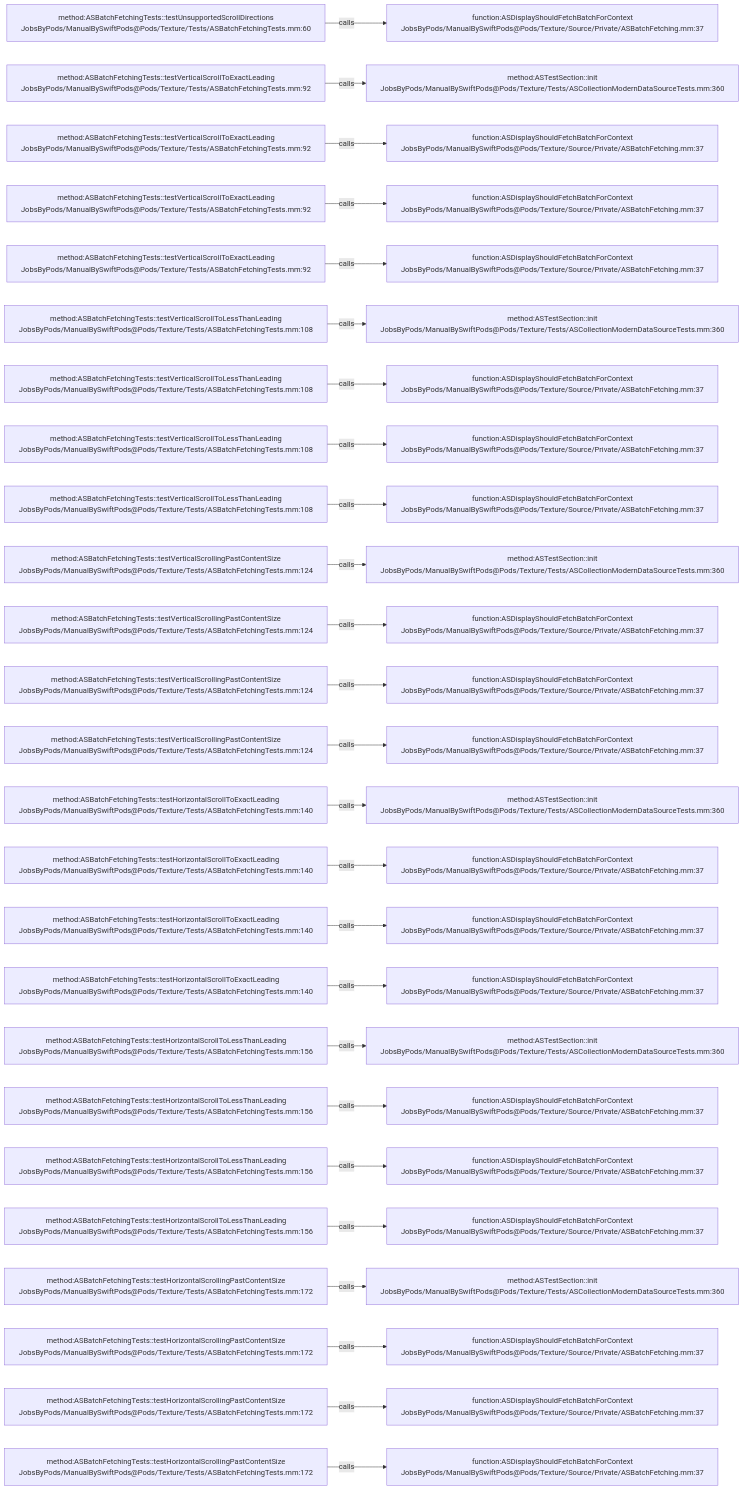
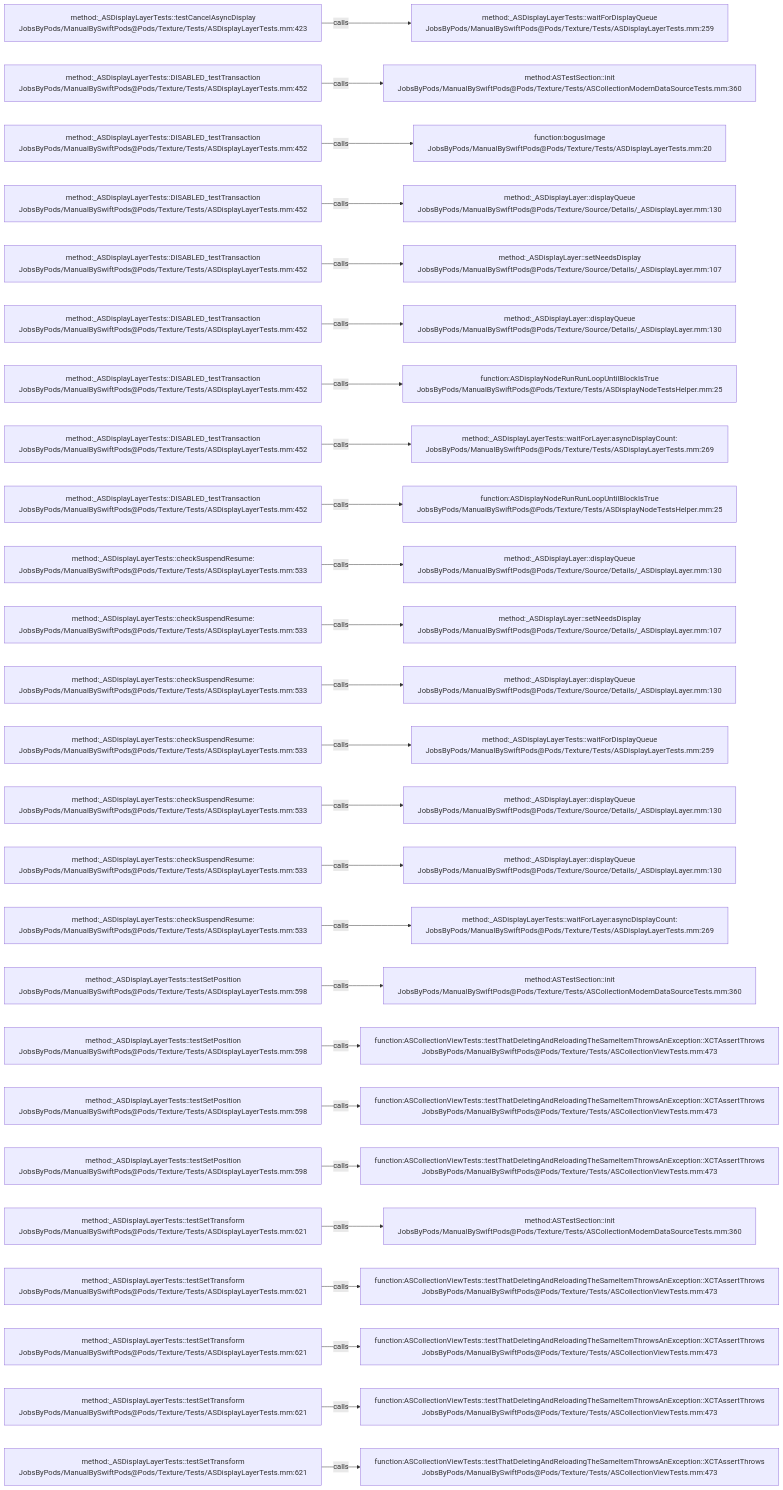
One commit to JobsKits/JobsSwiftBaseConfigDemo changed the diagram in .codegraph/codegraph.md/graphs/calls-181.md. Above: the diagram before and after it, drawn with Mermaid. The commit also changed 832 other files, not shown here.

````diff
--- a/.codegraph/codegraph.md/graphs/calls-181.md
+++ b/.codegraph/codegraph.md/graphs/calls-181.md
@@ -13,78 +13,78 @@
 ```mermaid
 flowchart LR
-  S1["method:ASBatchFetchingTests::testUnsupportedScrollDirections<br/>JobsByPods/ManualBySwiftPods@Pods/Texture/Tests/ASBatchFetchingTests.mm:60"]
-  T1["function:ASDisplayShouldFetchBatchForContext<br/>JobsByPods/ManualBySwiftPods@Pods/Texture/Source/Private/ASBatchFetching.mm:37"]
+  S1["method:_ASDisplayLayerTests::testCancelAsyncDisplay<br/>JobsByPods/ManualBySwiftPods@Pods/Texture/Tests/ASDisplayLayerTests.mm:423"]
+  T1["method:_ASDisplayLayerTests::waitForDisplayQueue<br/>JobsByPods/ManualBySwiftPods@Pods/Texture/Tests/ASDisplayLayerTests.mm:259"]
   S1 -->|calls| T1
-  S2["method:ASBatchFetchingTests::testVerticalScrollToExactLeading<br/>JobsByPods/ManualBySwiftPods@Pods/Texture/Tests/ASBatchFetchingTests.mm:92"]
+  S2["method:_ASDisplayLayerTests::DISABLED_testTransaction<br/>JobsByPods/ManualBySwiftPods@Pods/Texture/Tests/ASDisplayLayerTests.mm:452"]
   T2["method:ASTestSection::init<br/>JobsByPods/ManualBySwiftPods@Pods/Texture/Tests/ASCollectionModernDataSourceTests.mm:360"]
   S2 -->|calls| T2
-  S3["method:ASBatchFetchingTests::testVerticalScrollToExactLeading<br/>JobsByPods/ManualBySwiftPods@Pods/Texture/Tests/ASBatchFetchingTests.mm:92"]
-  T3["function:ASDisplayShouldFetchBatchForContext<br/>JobsByPods/ManualBySwiftPods@Pods/Texture/Source/Private/ASBatchFetching.mm:37"]
+  S3["method:_ASDisplayLayerTests::DISABLED_testTransaction<br/>JobsByPods/ManualBySwiftPods@Pods/Texture/Tests/ASDisplayLayerTests.mm:452"]
+  T3["function:bogusImage<br/>JobsByPods/ManualBySwiftPods@Pods/Texture/Tests/ASDisplayLayerTests.mm:20"]
   S3 -->|calls| T3
-  S4["method:ASBatchFetchingTests::testVerticalScrollToExactLeading<br/>JobsByPods/ManualBySwiftPods@Pods/Texture/Tests/ASBatchFetchingTests.mm:92"]
-  T4["function:ASDisplayShouldFetchBatchForContext<br/>JobsByPods/ManualBySwiftPods@Pods/Texture/Source/Private/ASBatchFetching.mm:37"]
+  S4["method:_ASDisplayLayerTests::DISABLED_testTransaction<br/>JobsByPods/ManualBySwiftPods@Pods/Texture/Tests/ASDisplayLayerTests.mm:452"]
+  T4["method:_ASDisplayLayer::displayQueue<br/>JobsByPods/ManualBySwiftPods@Pods/Texture/Source/Details/_ASDisplayLayer.mm:130"]
   S4 -->|calls| T4
-  S5["method:ASBatchFetchingTests::testVerticalScrollToExactLeading<br/>JobsByPods/ManualBySwiftPods@Pods/Texture/Tests/ASBatchFetchingTests.mm:92"]
-  T5["function:ASDisplayShouldFetchBatchForContext<br/>JobsByPods/ManualBySwiftPods@Pods/Texture/Source/Private/ASBatchFetching.mm:37"]
+  S5["method:_ASDisplayLayerTests::DISABLED_testTransaction<br/>JobsByPods/ManualBySwiftPods@Pods/Texture/Tests/ASDisplayLayerTests.mm:452"]
+  T5["method:_ASDisplayLayer::setNeedsDisplay<br/>JobsByPods/ManualBySwiftPods@Pods/Texture/Source/Details/_ASDisplayLayer.mm:107"]
   S5 -->|calls| T5
-  S6["method:ASBatchFetchingTests::testVerticalScrollToLessThanLeading<br/>JobsByPods/ManualBySwiftPods@Pods/Texture/Tests/ASBatchFetchingTests.mm:108"]
-  T6["method:ASTestSection::init<br/>JobsByPods/ManualBySwiftPods@Pods/Texture/Tests/ASCollectionModernDataSourceTests.mm:360"]
+  S6["method:_ASDisplayLayerTests::DISABLED_testTransaction<br/>JobsByPods/ManualBySwiftPods@Pods/Texture/Tests/ASDisplayLayerTests.mm:452"]
+  T6["method:_ASDisplayLayer::displayQueue<br/>JobsByPods/ManualBySwiftPods@Pods/Texture/Source/Details/_ASDisplayLayer.mm:130"]
   S6 -->|calls| T6
-  S7["method:ASBatchFetchingTests::testVerticalScrollToLessThanLeading<br/>JobsByPods/ManualBySwiftPods@Pods/Texture/Tests/ASBatchFetchingTests.mm:108"]
-  T7["function:ASDisplayShouldFetchBatchForContext<br/>JobsByPods/ManualBySwiftPods@Pods/Texture/Source/Private/ASBatchFetching.mm:37"]
+  S7["method:_ASDisplayLayerTests::DISABLED_testTransaction<br/>JobsByPods/ManualBySwiftPods@Pods/Texture/Tests/ASDisplayLayerTests.mm:452"]
+  T7["function:ASDisplayNodeRunRunLoopUntilBlockIsTrue<br/>JobsByPods/ManualBySwiftPods@Pods/Texture/Tests/ASDisplayNodeTestsHelper.mm:25"]
   S7 -->|calls| T7
-  S8["method:ASBatchFetchingTests::testVerticalScrollToLessThanLeading<br/>JobsByPods/ManualBySwiftPods@Pods/Texture/Tests/ASBatchFetchingTests.mm:108"]
-  T8["function:ASDisplayShouldFetchBatchForContext<br/>JobsByPods/ManualBySwiftPods@Pods/Texture/Source/Private/ASBatchFetching.mm:37"]
+  S8["method:_ASDisplayLayerTests::DISABLED_testTransaction<br/>JobsByPods/ManualBySwiftPods@Pods/Texture/Tests/ASDisplayLayerTests.mm:452"]
+  T8["method:_ASDisplayLayerTests::waitForLayer:asyncDisplayCount:<br/>JobsByPods/ManualBySwiftPods@Pods/Texture/Tests/ASDisplayLayerTests.mm:269"]
   S8 -->|calls| T8
-  S9["method:ASBatchFetchingTests::testVerticalScrollToLessThanLeading<br/>JobsByPods/ManualBySwiftPods@Pods/Texture/Tests/ASBatchFetchingTests.mm:108"]
-  T9["function:ASDisplayShouldFetchBatchForContext<br/>JobsByPods/ManualBySwiftPods@Pods/Texture/Source/Private/ASBatchFetching.mm:37"]
+  S9["method:_ASDisplayLayerTests::DISABLED_testTransaction<br/>JobsByPods/ManualBySwiftPods@Pods/Texture/Tests/ASDisplayLayerTests.mm:452"]
+  T9["function:ASDisplayNodeRunRunLoopUntilBlockIsTrue<br/>JobsByPods/ManualBySwiftPods@Pods/Texture/Tests/ASDisplayNodeTestsHelper.mm:25"]
   S9 -->|calls| T9
-  S10["method:ASBatchFetchingTests::testVerticalScrollingPastContentSize<br/>JobsByPods/ManualBySwiftPods@Pods/Texture/Tests/ASBatchFetchingTests.mm:124"]
-  T10["method:ASTestSection::init<br/>JobsByPods/ManualBySwiftPods@Pods/Texture/Tests/ASCollectionModernDataSourceTests.mm:360"]
+  S10["method:_ASDisplayLayerTests::checkSuspendResume:<br/>JobsByPods/ManualBySwiftPods@Pods/Texture/Tests/ASDisplayLayerTests.mm:533"]
+  T10["method:_ASDisplayLayer::displayQueue<br/>JobsByPods/ManualBySwiftPods@Pods/Texture/Source/Details/_ASDisplayLayer.mm:130"]
   S10 -->|calls| T10
-  S11["method:ASBatchFetchingTests::testVerticalScrollingPastContentSize<br/>JobsByPods/ManualBySwiftPods@Pods/Texture/Tests/ASBatchFetchingTests.mm:124"]
-  T11["function:ASDisplayShouldFetchBatchForContext<br/>JobsByPods/ManualBySwiftPods@Pods/Texture/Source/Private/ASBatchFetching.mm:37"]
+  S11["method:_ASDisplayLayerTests::checkSuspendResume:<br/>JobsByPods/ManualBySwiftPods@Pods/Texture/Tests/ASDisplayLayerTests.mm:533"]
+  T11["method:_ASDisplayLayer::setNeedsDisplay<br/>JobsByPods/ManualBySwiftPods@Pods/Texture/Source/Details/_ASDisplayLayer.mm:107"]
   S11 -->|calls| T11
-  S12["method:ASBatchFetchingTests::testVerticalScrollingPastContentSize<br/>JobsByPods/ManualBySwiftPods@Pods/Texture/Tests/ASBatchFetchingTests.mm:124"]
-  T12["function:ASDisplayShouldFetchBatchForContext<br/>JobsByPods/ManualBySwiftPods@Pods/Texture/Source/Private/ASBatchFetching.mm:37"]
+  S12["method:_ASDisplayLayerTests::checkSuspendResume:<br/>JobsByPods/ManualBySwiftPods@Pods/Texture/Tests/ASDisplayLayerTests.mm:533"]
+  T12["method:_ASDisplayLayer::displayQueue<br/>JobsByPods/ManualBySwiftPods@Pods/Texture/Source/Details/_ASDisplayLayer.mm:130"]
   S12 -->|calls| T12
-  S13["method:ASBatchFetchingTests::testVerticalScrollingPastContentSize<br/>JobsByPods/ManualBySwiftPods@Pods/Texture/Tests/ASBatchFetchingTests.mm:124"]
-  T13["function:ASDisplayShouldFetchBatchForContext<br/>JobsByPods/ManualBySwiftPods@Pods/Texture/Source/Private/ASBatchFetching.mm:37"]
+  S13["method:_ASDisplayLayerTests::checkSuspendResume:<br/>JobsByPods/ManualBySwiftPods@Pods/Texture/Tests/ASDisplayLayerTests.mm:533"]
+  T13["method:_ASDisplayLayerTests::waitForDisplayQueue<br/>JobsByPods/ManualBySwiftPods@Pods/Texture/Tests/ASDisplayLayerTests.mm:259"]
   S13 -->|calls| T13
-  S14["method:ASBatchFetchingTests::testHorizontalScrollToExactLeading<br/>JobsByPods/ManualBySwiftPods@Pods/Texture/Tests/ASBatchFetchingTests.mm:140"]
-  T14["method:ASTestSection::init<br/>JobsByPods/ManualBySwiftPods@Pods/Texture/Tests/ASCollectionModernDataSourceTests.mm:360"]
+  S14["method:_ASDisplayLayerTests::checkSuspendResume:<br/>JobsByPods/ManualBySwiftPods@Pods/Texture/Tests/ASDisplayLayerTests.mm:533"]
+  T14["method:_ASDisplayLayer::displayQueue<br/>JobsByPods/ManualBySwiftPods@Pods/Texture/Source/Details/_ASDisplayLayer.mm:130"]
   S14 -->|calls| T14
-  S15["method:ASBatchFetchingTests::testHorizontalScrollToExactLeading<br/>JobsByPods/ManualBySwiftPods@Pods/Texture/Tests/ASBatchFetchingTests.mm:140"]
-  T15["function:ASDisplayShouldFetchBatchForContext<br/>JobsByPods/ManualBySwiftPods@Pods/Texture/Source/Private/ASBatchFetching.mm:37"]
+  S15["method:_ASDisplayLayerTests::checkSuspendResume:<br/>JobsByPods/ManualBySwiftPods@Pods/Texture/Tests/ASDisplayLayerTests.mm:533"]
+  T15["method:_ASDisplayLayer::displayQueue<br/>JobsByPods/ManualBySwiftPods@Pods/Texture/Source/Details/_ASDisplayLayer.mm:130"]
   S15 -->|calls| T15
-  S16["method:ASBatchFetchingTests::testHorizontalScrollToExactLeading<br/>JobsByPods/ManualBySwiftPods@Pods/Texture/Tests/ASBatchFetchingTests.mm:140"]
-  T16["function:ASDisplayShouldFetchBatchForContext<br/>JobsByPods/ManualBySwiftPods@Pods/Texture/Source/Private/ASBatchFetching.mm:37"]
+  S16["method:_ASDisplayLayerTests::checkSuspendResume:<br/>JobsByPods/ManualBySwiftPods@Pods/Texture/Tests/ASDisplayLayerTests.mm:533"]
+  T16["method:_ASDisplayLayerTests::waitForLayer:asyncDisplayCount:<br/>JobsByPods/ManualBySwiftPods@Pods/Texture/Tests/ASDisplayLayerTests.mm:269"]
   S16 -->|calls| T16
-  S17["method:ASBatchFetchingTests::testHorizontalScrollToExactLeading<br/>JobsByPods/ManualBySwiftPods@Pods/Texture/Tests/ASBatchFetchingTests.mm:140"]
-  T17["function:ASDisplayShouldFetchBatchForContext<br/>JobsByPods/ManualBySwiftPods@Pods/Texture/Source/Private/ASBatchFetching.mm:37"]
+  S17["method:_ASDisplayLayerTests::testSetPosition<br/>JobsByPods/ManualBySwiftPods@Pods/Texture/Tests/ASDisplayLayerTests.mm:598"]
+  T17["method:ASTestSection::init<br/>JobsByPods/ManualBySwiftPods@Pods/Texture/Tests/ASCollectionModernDataSourceTests.mm:360"]
   S17 -->|calls| T17
-  S18["method:ASBatchFetchingTests::testHorizontalScrollToLessThanLeading<br/>JobsByPods/ManualBySwiftPods@Pods/Texture/Tests/ASBatchFetchingTests.mm:156"]
-  T18["method:ASTestSection::init<br/>JobsByPods/ManualBySwiftPods@Pods/Texture/Tests/ASCollectionModernDataSourceTests.mm:360"]
+  S18["method:_ASDisplayLayerTests::testSetPosition<br/>JobsByPods/ManualBySwiftPods@Pods/Texture/Tests/ASDisplayLayerTests.mm:598"]
+  T18["function:ASCollectionViewTests::testThatDeletingAndReloadingTheSameItemThrowsAnException::XCTAssertThrows<br/>JobsByPods/ManualBySwiftPods@Pods/Texture/Tests/ASCollectionViewTests.mm:473"]
   S18 -->|calls| T18
-  S19["method:ASBatchFetchingTests::testHorizontalScrollToLessThanLeading<br/>JobsByPods/ManualBySwiftPods@Pods/Texture/Tests/ASBatchFetchingTests.mm:156"]
-  T19["function:ASDisplayShouldFetchBatchForContext<br/>JobsByPods/ManualBySwiftPods@Pods/Texture/Source/Private/ASBatchFetching.mm:37"]
+  S19["method:_ASDisplayLayerTests::testSetPosition<br/>JobsByPods/ManualBySwiftPods@Pods/Texture/Tests/ASDisplayLayerTests.mm:598"]
+  T19["function:ASCollectionViewTests::testThatDeletingAndReloadingTheSameItemThrowsAnException::XCTAssertThrows<br/>JobsByPods/ManualBySwiftPods@Pods/Texture/Tests/ASCollectionViewTests.mm:473"]
   S19 -->|calls| T19
-  S20["method:ASBatchFetchingTests::testHorizontalScrollToLessThanLeading<br/>JobsByPods/ManualBySwiftPods@Pods/Texture/Tests/ASBatchFetchingTests.mm:156"]
-  T20["function:ASDisplayShouldFetchBatchForContext<br/>JobsByPods/ManualBySwiftPods@Pods/Texture/Source/Private/ASBatchFetching.mm:37"]
+  S20["method:_ASDisplayLayerTests::testSetPosition<br/>JobsByPods/ManualBySwiftPods@Pods/Texture/Tests/ASDisplayLayerTests.mm:598"]
+  T20["function:ASCollectionViewTests::testThatDeletingAndReloadingTheSameItemThrowsAnException::XCTAssertThrows<br/>JobsByPods/ManualBySwiftPods@Pods/Texture/Tests/ASCollectionViewTests.mm:473"]
   S20 -->|calls| T20
-  S21["method:ASBatchFetchingTests::testHorizontalScrollToLessThanLeading<br/>JobsByPods/ManualBySwiftPods@Pods/Texture/Tests/ASBatchFetchingTests.mm:156"]
-  T21["function:ASDisplayShouldFetchBatchForContext<br/>JobsByPods/ManualBySwiftPods@Pods/Texture/Source/Private/ASBatchFetching.mm:37"]
+  S21["method:_ASDisplayLayerTests::testSetTransform<br/>JobsByPods/ManualBySwiftPods@Pods/Texture/Tests/ASDisplayLayerTests.mm:621"]
+  T21["method:ASTestSection::init<br/>JobsByPods/ManualBySwiftPods@Pods/Texture/Tests/ASCollectionModernDataSourceTests.mm:360"]
   S21 -->|calls| T21
-  S22["method:ASBatchFetchingTests::testHorizontalScrollingPastContentSize<br/>JobsByPods/ManualBySwiftPods@Pods/Texture/Tests/ASBatchFetchingTests.mm:172"]
-  T22["method:ASTestSection::init<br/>JobsByPods/ManualBySwiftPods@Pods/Texture/Tests/ASCollectionModernDataSourceTests.mm:360"]
+  S22["method:_ASDisplayLayerTests::testSetTransform<br/>JobsByPods/ManualBySwiftPods@Pods/Texture/Tests/ASDisplayLayerTests.mm:621"]
+  T22["function:ASCollectionViewTests::testThatDeletingAndReloadingTheSameItemThrowsAnException::XCTAssertThrows<br/>JobsByPods/ManualBySwiftPods@Pods/Texture/Tests/ASCollectionViewTests.mm:473"]
   S22 -->|calls| T22
-  S23["method:ASBatchFetchingTests::testHorizontalScrollingPastContentSize<br/>JobsByPods/ManualBySwiftPods@Pods/Texture/Tests/ASBatchFetchingTests.mm:172"]
-  T23["function:ASDisplayShouldFetchBatchForContext<br/>JobsByPods/ManualBySwiftPods@Pods/Texture/Source/Private/ASBatchFetching.mm:37"]
+  S23["method:_ASDisplayLayerTests::testSetTransform<br/>JobsByPods/ManualBySwiftPods@Pods/Texture/Tests/ASDisplayLayerTests.mm:621"]
+  T23["function:ASCollectionViewTests::testThatDeletingAndReloadingTheSameItemThrowsAnException::XCTAssertThrows<br/>JobsByPods/ManualBySwiftPods@Pods/Texture/Tests/ASCollectionViewTests.mm:473"]
   S23 -->|calls| T23
-  S24["method:ASBatchFetchingTests::testHorizontalScrollingPastContentSize<br/>JobsByPods/ManualBySwiftPods@Pods/Texture/Tests/ASBatchFetchingTests.mm:172"]
-  T24["function:ASDisplayShouldFetchBatchForContext<br/>JobsByPods/ManualBySwiftPods@Pods/Texture/Source/Private/ASBatchFetching.mm:37"]
+  S24["method:_ASDisplayLayerTests::testSetTransform<br/>JobsByPods/ManualBySwiftPods@Pods/Texture/Tests/ASDisplayLayerTests.mm:621"]
+  T24["function:ASCollectionViewTests::testThatDeletingAndReloadingTheSameItemThrowsAnException::XCTAssertThrows<br/>JobsByPods/ManualBySwiftPods@Pods/Texture/Tests/ASCollectionViewTests.mm:473"]
   S24 -->|calls| T24
-  S25["method:ASBatchFetchingTests::testHorizontalScrollingPastContentSize<br/>JobsByPods/ManualBySwiftPods@Pods/Texture/Tests/ASBatchFetchingTests.mm:172"]
-  T25["function:ASDisplayShouldFetchBatchForContext<br/>JobsByPods/ManualBySwiftPods@Pods/Texture/Source/Private/ASBatchFetching.mm:37"]
+  S25["method:_ASDisplayLayerTests::testSetTransform<br/>JobsByPods/ManualBySwiftPods@Pods/Texture/Tests/ASDisplayLayerTests.mm:621"]
+  T25["function:ASCollectionViewTests::testThatDeletingAndReloadingTheSameItemThrowsAnException::XCTAssertThrows<br/>JobsByPods/ManualBySwiftPods@Pods/Texture/Tests/ASCollectionViewTests.mm:473"]
   S25 -->|calls| T25
 ```
````
